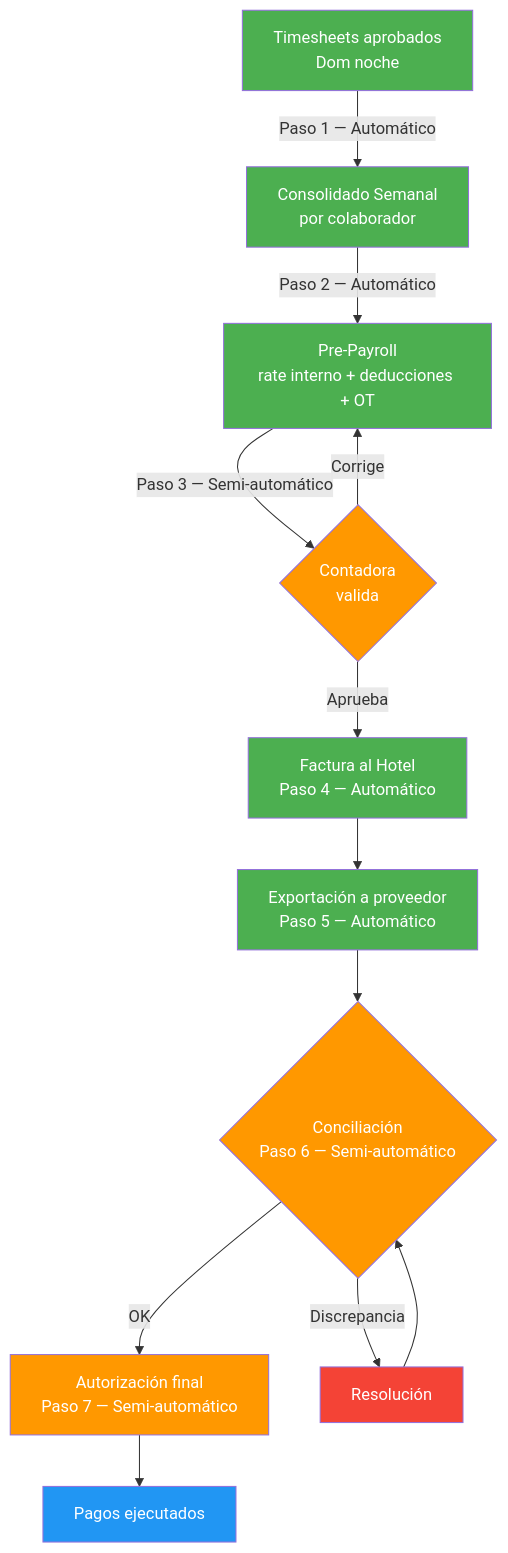
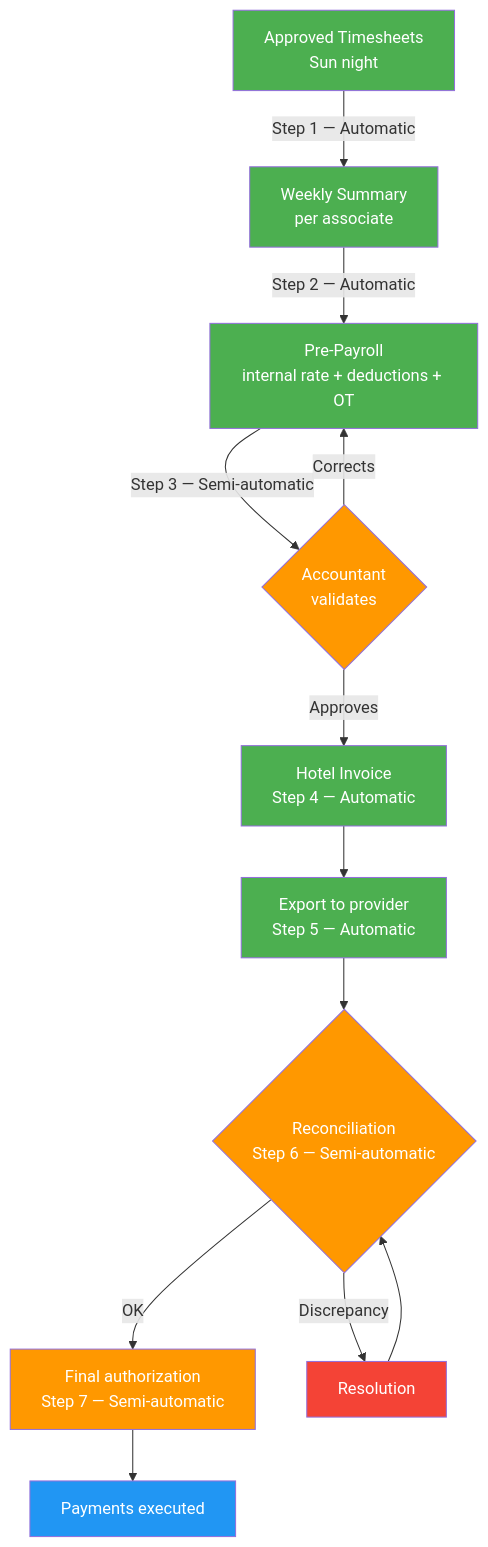
Before and after one commit to DevelopmentRWG/oranje-matrix-system: the diagram in Simulaciones/Simulación - Punto de Vista de Contabilidad.md, drawn with Mermaid. The commit also changed other lines of this file and 6 other files, not shown here.

````diff
--- a/Simulaciones/Simulación - Punto de Vista de Contabilidad.md
+++ b/Simulaciones/Simulación - Punto de Vista de Contabilidad.md
@@ -551,24 +551,24 @@
 ```mermaid
 graph TD
-    T[Timesheets aprobados<br/>Dom noche] -->|Paso 1 — Automático| CS[Consolidado Semanal<br/>por colaborador]
-    CS -->|Paso 2 — Automático| PP[Pre-Payroll<br/>rate interno + deducciones + OT]
-    PP -->|Paso 3 — Semi-automático| VAL{Contadora<br/>valida}
-    VAL -->|Aprueba| FH[Factura al Hotel<br/>Paso 4 — Automático]
-    VAL -->|Corrige| PP
-    FH --> EXP[Exportación a proveedor<br/>Paso 5 — Automático]
-    EXP --> CONC{Conciliación<br/>Paso 6 — Semi-automático}
-    CONC -->|OK| AUTH[Autorización final<br/>Paso 7 — Semi-automático]
-    CONC -->|Discrepancia| FIX[Resolución] --> CONC
-    AUTH --> PAGO[Pagos ejecutados]
+    T[Approved Timesheets<br/>Sun night] -->|Step 1 — Automatic| CS[Weekly Summary<br/>per associate]
+    CS -->|Step 2 — Automatic| PP[Pre-Payroll<br/>internal rate + deductions + OT]
+    PP -->|Step 3 — Semi-automatic| VAL{Accountant<br/>validates}
+    VAL -->|Approves| FH[Hotel Invoice<br/>Step 4 — Automatic]
+    VAL -->|Corrects| PP
+    FH --> EXP[Export to provider<br/>Step 5 — Automatic]
+    EXP --> CONC{Reconciliation<br/>Step 6 — Semi-automatic}
+    CONC -->|OK| AUTH[Final authorization<br/>Step 7 — Semi-automatic]
+    CONC -->|Discrepancy| FIX[Resolution] --> CONC
+    AUTH --> PAGO[Payments executed]
 
     style T fill:#4CAF50,color:#fff
     style CS fill:#4CAF50,color:#fff
     style PP fill:#4CAF50,color:#fff
     style VAL fill:#FF9800,color:#fff
     style FH fill:#4CAF50,color:#fff
     style EXP fill:#4CAF50,color:#fff
     style CONC fill:#FF9800,color:#fff
     style AUTH fill:#FF9800,color:#fff
     style PAGO fill:#2196F3,color:#fff
     style FIX fill:#f44336,color:#fff
 ```
````
